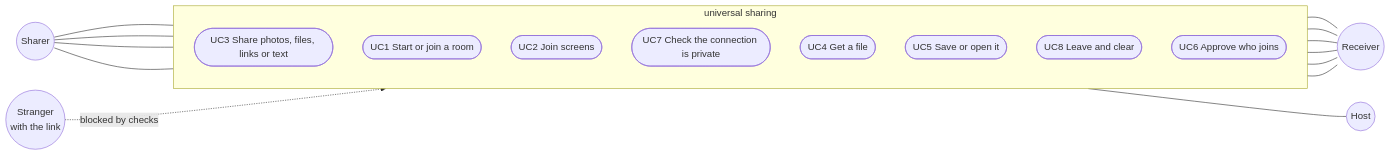
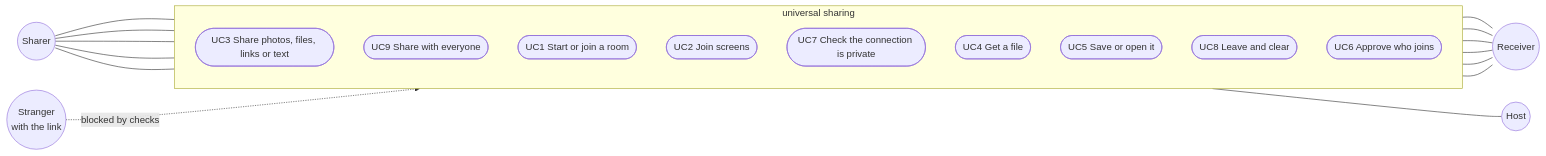
The diagram in docs/PRD.md (jtbinith/qodo-2026-polywogs), drawn with Mermaid before and after one commit. The commit also changed other lines of this file, not shown here.

````diff
--- a/docs/PRD.md
+++ b/docs/PRD.md
@@ -60,30 +60,32 @@
 ```mermaid
 flowchart LR
   Sharer(("Sharer"))
   Stranger(("Stranger<br/>with the link"))
   subgraph System["universal sharing"]
     direction TB
     UC3(["UC3 Share photos, files, links or text"])
+    UC9(["UC9 Share with everyone"])
     UC1(["UC1 Start or join a room"])
     UC2(["UC2 Join screens"])
     UC7(["UC7 Check the connection is private"])
     UC4(["UC4 Get a file"])
     UC5(["UC5 Save or open it"])
     UC8(["UC8 Leave and clear"])
     UC6(["UC6 Approve who joins"])
   end
   Receiver(("Receiver"))
   Host(("Host"))
   Sharer --- UC3
+  Sharer --- UC9
   Sharer --- UC1
   Sharer --- UC2
   Sharer --- UC7
   UC1 --- Receiver
   UC2 --- Receiver
   UC7 --- Receiver
   UC4 --- Receiver
   UC5 --- Receiver
   UC8 --- Receiver
   UC6 --- Host
   Stranger -.->|"blocked by checks"| UC3
 ```
````
